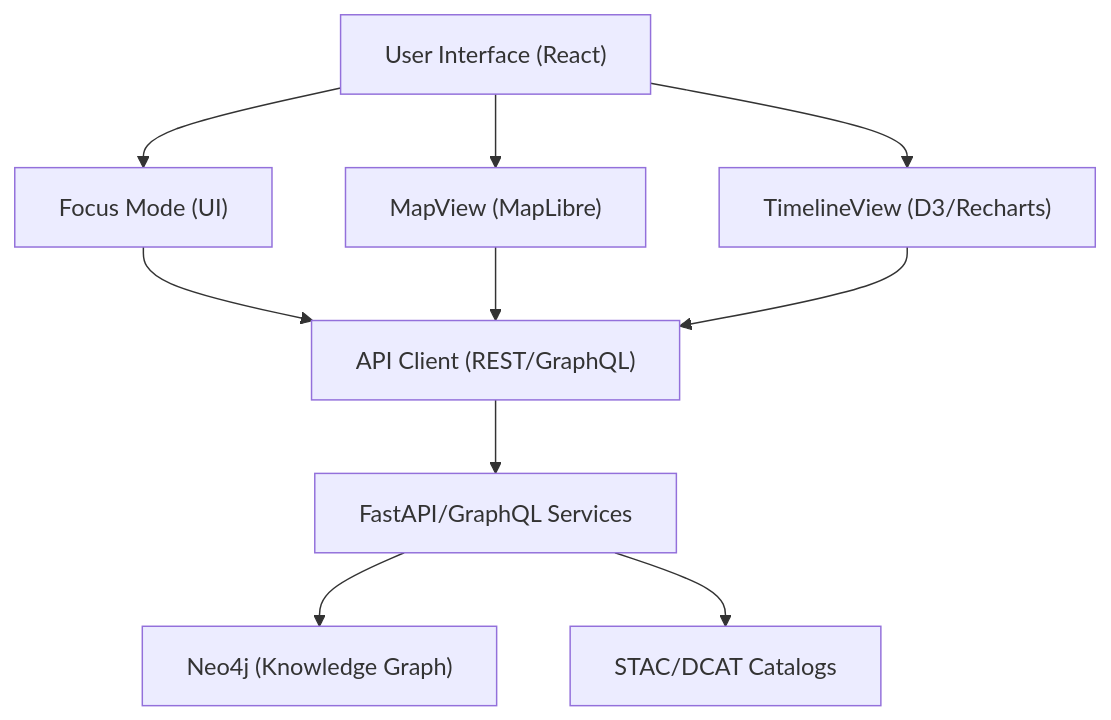
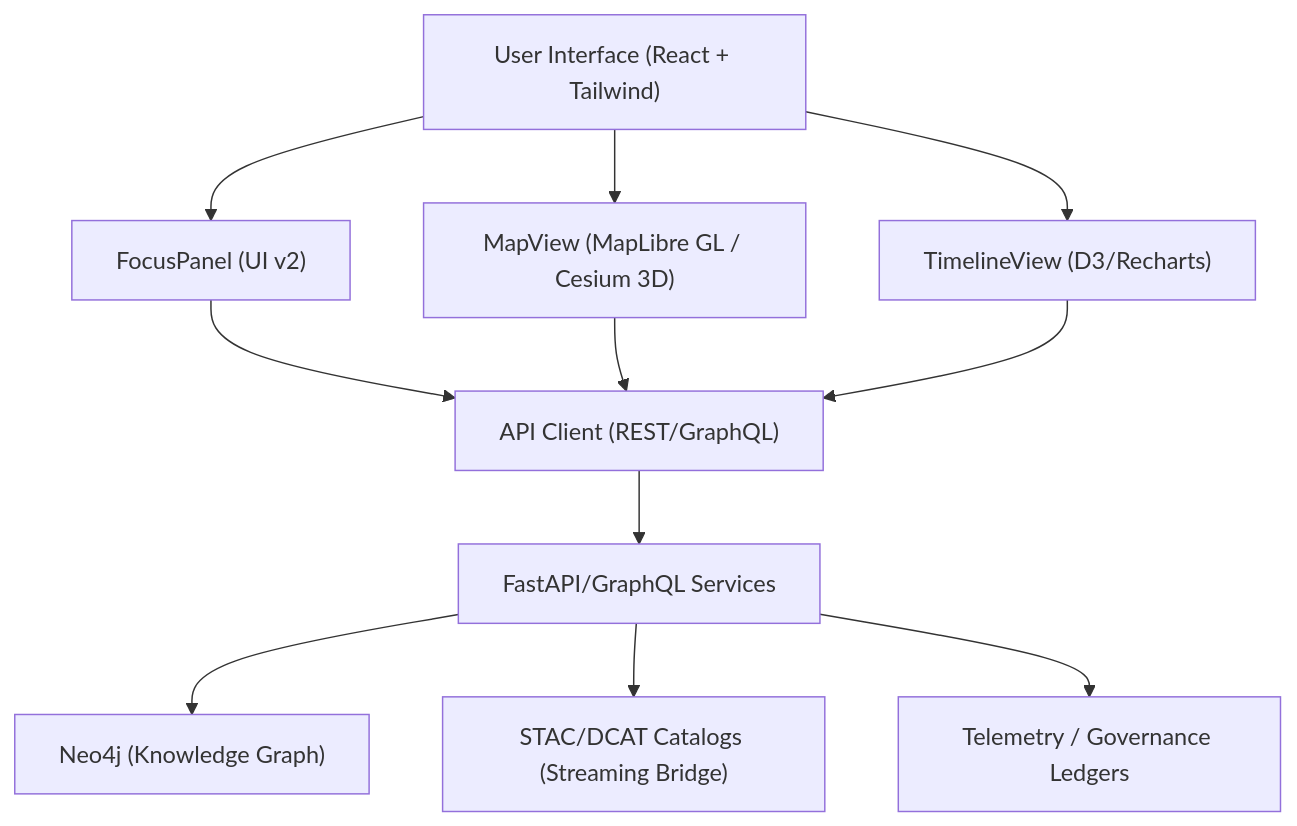
One commit to bartytime4life/Kansas-Frontier-Matrix changed the diagram in web/README.md. Above: the diagram before and after it, drawn with Mermaid. The commit also changed other lines of this file, not shown here.

````diff
--- a/web/README.md
+++ b/web/README.md
@@ -67,12 +76,13 @@
 ```mermaid
 flowchart TD
-A["User Interface (React)"] --> B["Focus Mode (UI)"]
-A --> C["MapView (MapLibre)"]
+A["User Interface (React + Tailwind)"] --> B["FocusPanel (UI v2)"]
+A --> C["MapView (MapLibre GL / Cesium 3D)"]
 A --> D["TimelineView (D3/Recharts)"]
 B --> E["API Client (REST/GraphQL)"]
 C --> E
 D --> E
 E --> F["FastAPI/GraphQL Services"]
 F --> G["Neo4j (Knowledge Graph)"]
-F --> H["STAC/DCAT Catalogs"]
+F --> H["STAC/DCAT Catalogs (Streaming Bridge)"]
+F --> I["Telemetry / Governance Ledgers"]
 ```
````
